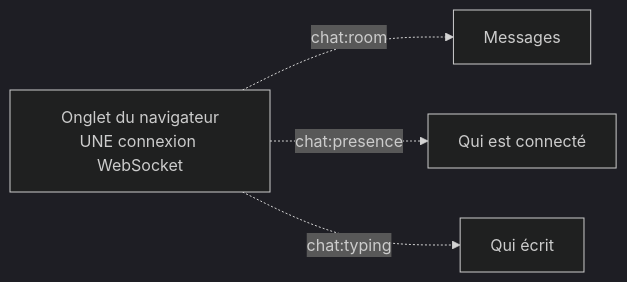
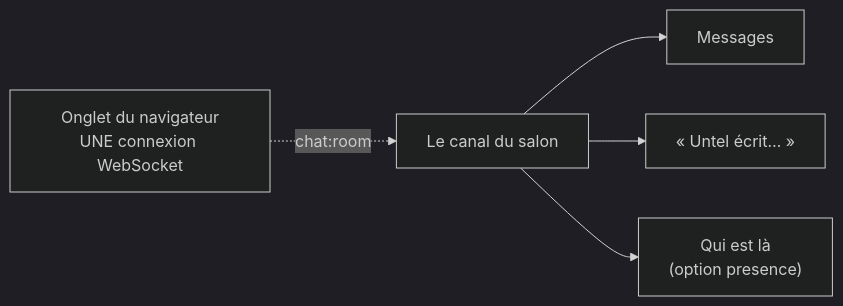
The second of 4 diagrams in src/packages/@nodefony/realtime/docs/cookbook-chat.md (nodefony/nodefony-core), drawn with Mermaid (dark theme) before and after one commit. The commit also changed other lines of this file and 4 other files, not shown here.

````diff
--- a/src/packages/@nodefony/realtime/docs/cookbook-chat.md
+++ b/src/packages/@nodefony/realtime/docs/cookbook-chat.md
@@ -643,7 +644,8 @@
 ```mermaid
 flowchart LR
   N["Onglet du navigateur<br/>UNE connexion WebSocket"]
-  N -.->|"chat:room"| R[Messages]
-  N -.->|"chat:presence"| P[Qui est connecté]
-  N -.->|"chat:typing"| T[Qui écrit]
+  N -.->|"chat:room"| C["Le canal du salon"]
+  C --> M[Messages]
+  C --> T["« Untel écrit… »"]
+  C --> P["Qui est là<br/>(option presence)"]
 ```
````
